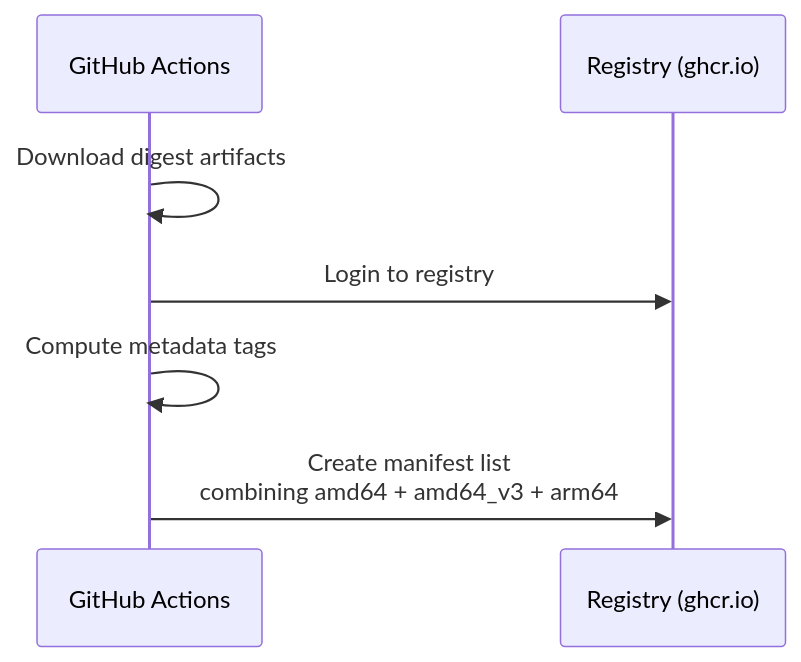
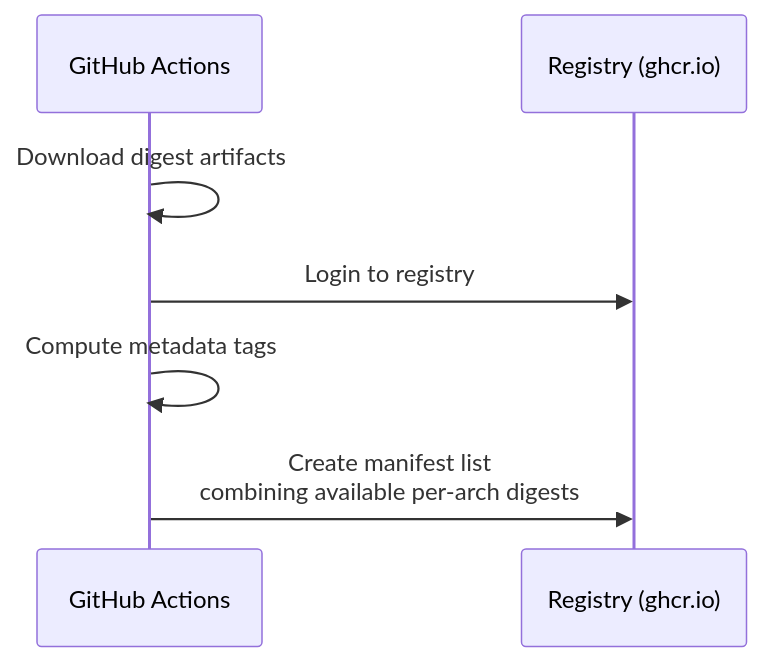
One commit to eic/containers changed the third of 4 diagrams in docs/build-pipeline.md. Above: the diagram before and after it, drawn with Mermaid.

Commit message:
docs: use "available per-arch digests" in base-manifest step description

````diff
--- a/docs/build-pipeline.md
+++ b/docs/build-pipeline.md
@@ -99,10 +99,10 @@
 ```mermaid
 sequenceDiagram
     participant GH as GitHub Actions
     participant R as Registry (ghcr.io)
 
     GH->>GH: Download digest artifacts
     GH->>R: Login to registry
     GH->>GH: Compute metadata tags
-    GH->>R: Create manifest list<br/>combining amd64 + amd64_v3 + arm64
+    GH->>R: Create manifest list<br/>combining available per-arch digests
 ```
````
